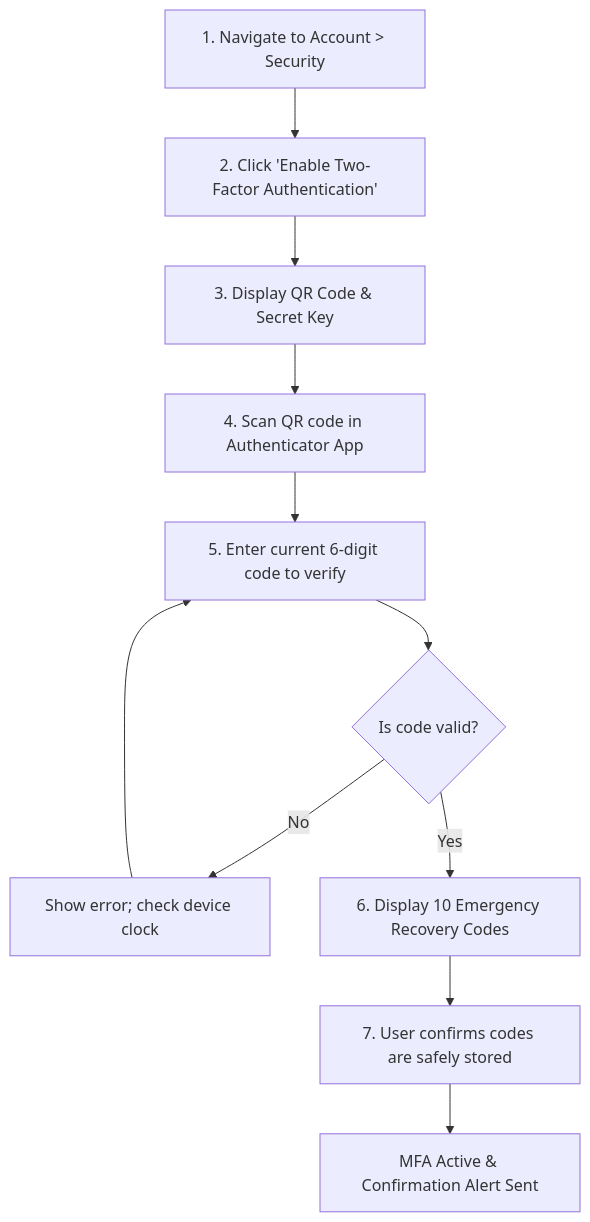
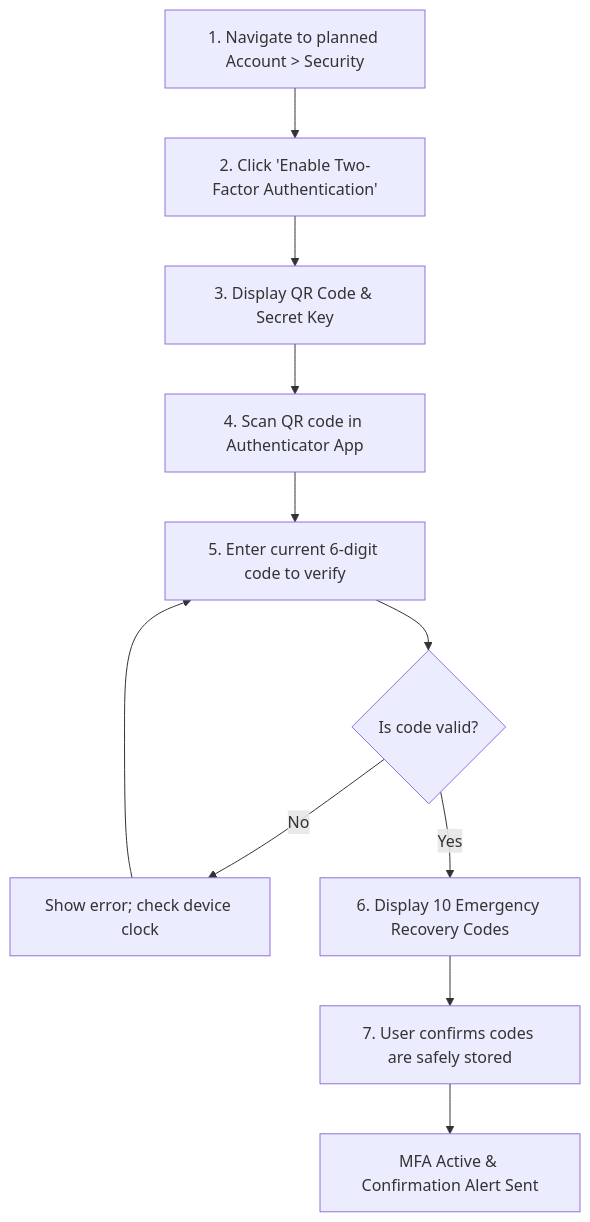
Before and after one commit to sidd190/Dimsee: the second of 4 diagrams in docs/mfa-enrollment-and-recovery.md, drawn with Mermaid. The commit also changed other lines of this file and 2 other files, not shown here.

````diff
--- a/docs/mfa-enrollment-and-recovery.md
+++ b/docs/mfa-enrollment-and-recovery.md
@@ -88,13 +92,13 @@
 ```mermaid
 flowchart TD
-    A["1. Navigate to Account > Security"] --> B["2. Click 'Enable Two-Factor Authentication'"]
+    A["1. Navigate to planned Account > Security"] --> B["2. Click 'Enable Two-Factor Authentication'"]
     B --> C["3. Display QR Code & Secret Key"]
     C --> D["4. Scan QR code in Authenticator App"]
     D --> E["5. Enter current 6-digit code to verify"]
     E --> F{"Is code valid?"}
     F -- No --> G["Show error; check device clock"]
     G --> E
     F -- Yes --> H["6. Display 10 Emergency Recovery Codes"]
     H --> I["7. User confirms codes are safely stored"]
     I --> J["MFA Active & Confirmation Alert Sent"]
 ```
````
